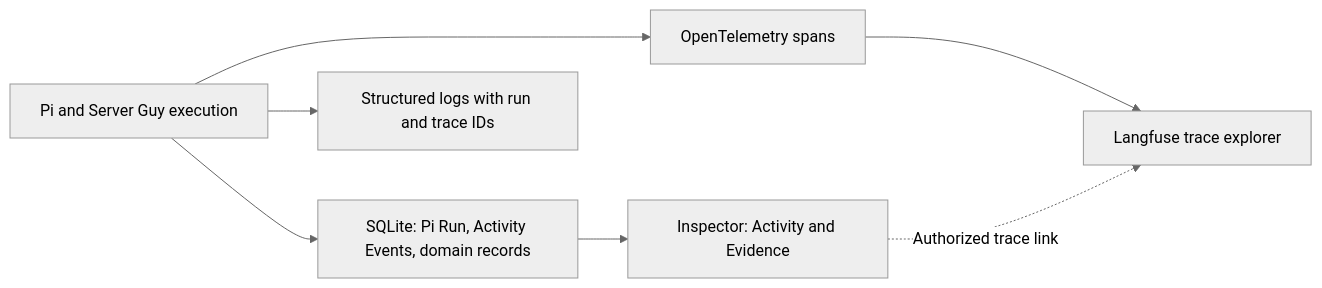
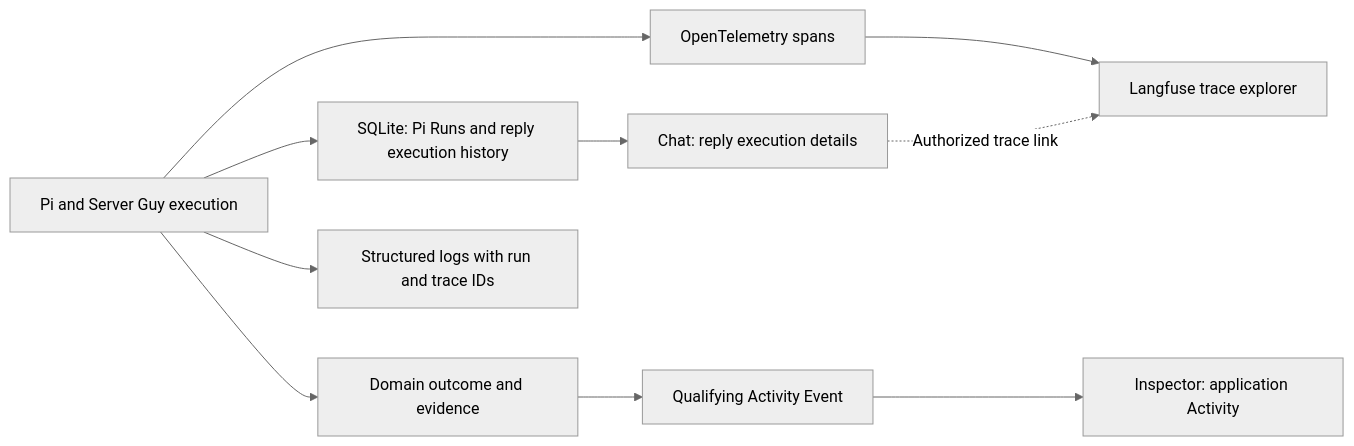
One commit to lustoykov/hallvi changed the diagram in docs/specs/action-history-and-tracing.md. Above: the diagram before and after it, drawn with Mermaid (neutral theme). The commit also changed other lines of this file and 33 other files, not shown here.

First line of the commit message:
Move reply details into Chat and keep Activity to application events

````diff
--- a/docs/specs/action-history-and-tracing.md
+++ b/docs/specs/action-history-and-tracing.md
@@ -45,9 +105,12 @@
 ```mermaid
 flowchart LR
-    E[Pi and Server Guy execution] --> D[SQLite: Pi Run, Activity Events, domain records]
-    D --> U[Inspector: Activity and Evidence]
+    E[Pi and Server Guy execution] --> D[SQLite: Pi Runs and reply execution history]
+    D --> C[Chat: reply execution details]
+    E --> O[Domain outcome and evidence]
+    O --> A[Qualifying Activity Event]
+    A --> U[Inspector: application Activity]
     E --> T[OpenTelemetry spans]
     T --> L[Langfuse trace explorer]
     E --> G[Structured logs with run and trace IDs]
-    U -. Authorized trace link .-> L
+    C -. Authorized trace link .-> L
 ```
````
